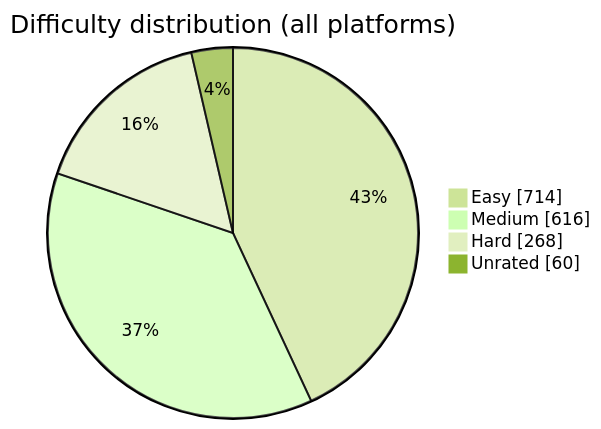
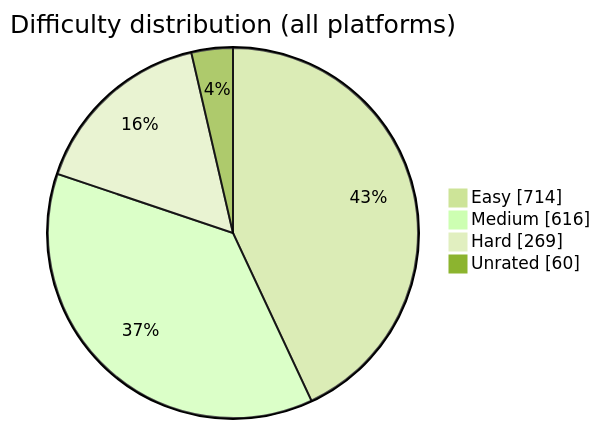
Before and after one commit to BuildbyArindam/Daily-Coding-Log: the diagram in README.md, drawn with Mermaid (forest theme). The commit also changed other lines of this file, not shown here.

````diff
--- a/README.md
+++ b/README.md
@@ -93,7 +93,7 @@
 ```mermaid
 pie showData title Difficulty distribution (all platforms)
     "Easy" : 714
     "Medium" : 616
-    "Hard" : 268
+    "Hard" : 269
     "Unrated" : 60
 ```
````
